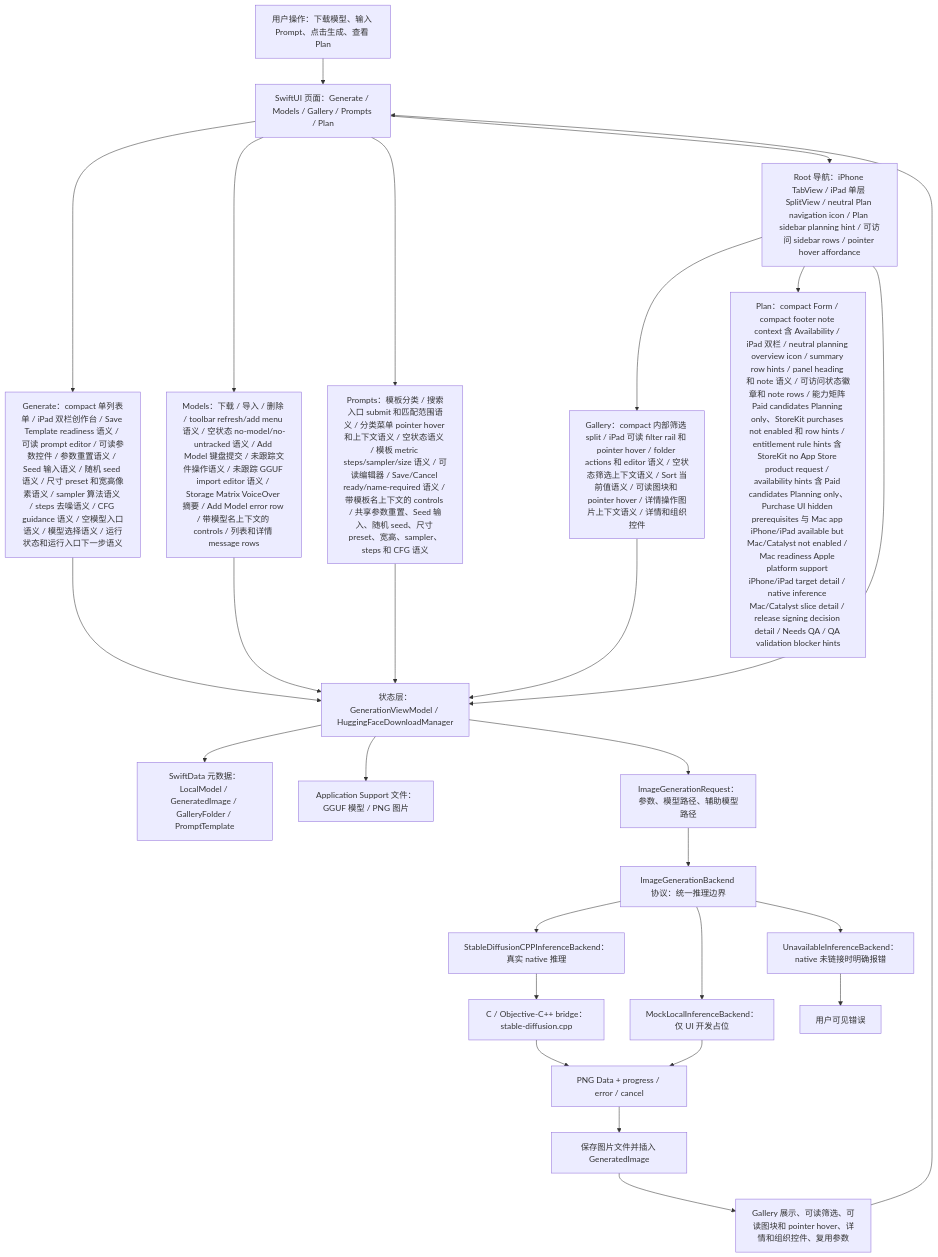
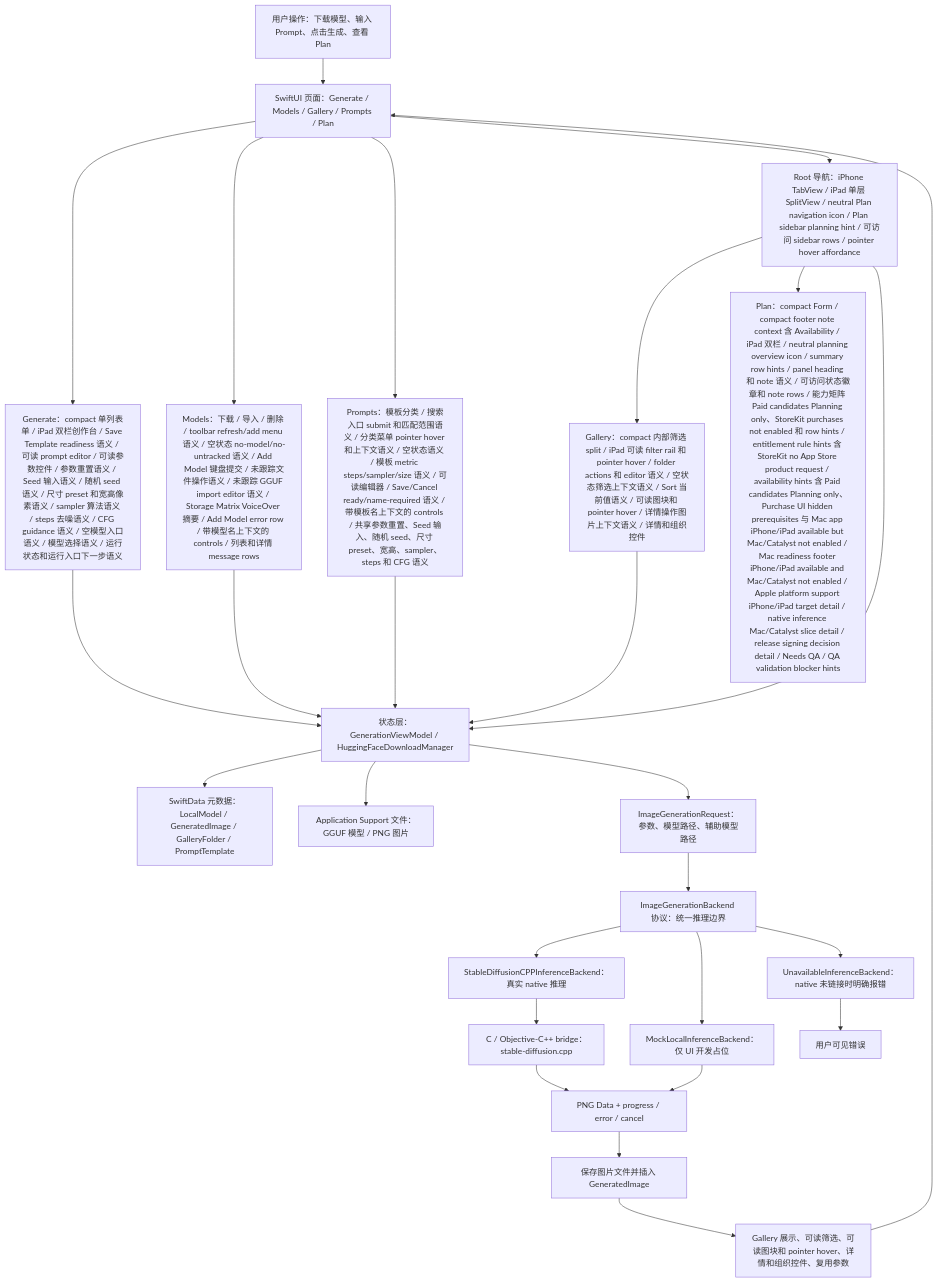
One commit to Altman-sam114/118 changed the first of 7 diagrams in md/flow/flowchart.md. Above: the diagram before and after it, drawn with Mermaid. The commit also changed 5 other files, not shown here.

First line of the commit message:
v1.84: Plan Mac readiness footer copy

````diff
--- a/md/flow/flowchart.md
+++ b/md/flow/flowchart.md
@@ -9,29 +9,29 @@
 ```mermaid
 flowchart TD
   U["用户操作：下载模型、输入 Prompt、点击生成、查看 Plan"] --> UI["SwiftUI 页面：Generate / Models / Gallery / Prompts / Plan"]
   UI --> GENUI["Generate：compact 单列表单 / iPad 双栏创作台 / Save Template readiness 语义 / 可读 prompt editor / 可读参数控件 / 参数重置语义 / Seed 输入语义 / 随机 seed 语义 / 尺寸 preset 和宽高像素语义 / sampler 算法语义 / steps 去噪语义 / CFG guidance 语义 / 空模型入口语义 / 模型选择语义 / 运行状态和运行入口下一步语义"]
   UI --> MODELUI["Models：下载 / 导入 / 删除 / toolbar refresh/add menu 语义 / 空状态 no-model/no-untracked 语义 / Add Model 键盘提交 / 未跟踪文件操作语义 / 未跟踪 GGUF import editor 语义 / Storage Matrix VoiceOver 摘要 / Add Model error row / 带模型名上下文的 controls / 列表和详情 message rows"]
   UI --> PROMPTUI["Prompts：模板分类 / 搜索入口 submit 和匹配范围语义 / 分类菜单 pointer hover 和上下文语义 / 空状态语义 / 模板 metric steps/sampler/size 语义 / 可读编辑器 / Save/Cancel ready/name-required 语义 / 带模板名上下文的 controls / 共享参数重置、Seed 输入、随机 seed、尺寸 preset、宽高、sampler、steps 和 CFG 语义"]
   UI --> NAV["Root 导航：iPhone TabView / iPad 单层 SplitView / neutral Plan navigation icon / Plan sidebar planning hint / 可访问 sidebar rows / pointer hover affordance"]
   NAV --> GALUI["Gallery：compact 内部筛选 split / iPad 可读 filter rail 和 pointer hover / folder actions 和 editor 语义 / 空状态筛选上下文语义 / Sort 当前值语义 / 可读图块和 pointer hover / 详情操作图片上下文语义 / 详情和组织控件"]
-  NAV --> PLANUI["Plan：compact Form / compact footer note context 含 Availability / iPad 双栏 / neutral planning overview icon / summary row hints / panel heading 和 note 语义 / 可访问状态徽章和 note rows / 能力矩阵 Paid candidates Planning only、StoreKit purchases not enabled 和 row hints / entitlement rule hints 含 StoreKit no App Store product request / availability hints 含 Paid candidates Planning only、Purchase UI hidden prerequisites 与 Mac app iPhone/iPad available but Mac/Catalyst not enabled / Mac readiness Apple platform support iPhone/iPad target detail / native inference Mac/Catalyst slice detail / release signing decision detail / Needs QA / QA validation blocker hints"]
+  NAV --> PLANUI["Plan：compact Form / compact footer note context 含 Availability / iPad 双栏 / neutral planning overview icon / summary row hints / panel heading 和 note 语义 / 可访问状态徽章和 note rows / 能力矩阵 Paid candidates Planning only、StoreKit purchases not enabled 和 row hints / entitlement rule hints 含 StoreKit no App Store product request / availability hints 含 Paid candidates Planning only、Purchase UI hidden prerequisites 与 Mac app iPhone/iPad available but Mac/Catalyst not enabled / Mac readiness footer iPhone/iPad available and Mac/Catalyst not enabled / Apple platform support iPhone/iPad target detail / native inference Mac/Catalyst slice detail / release signing decision detail / Needs QA / QA validation blocker hints"]
   NAV --> VM["状态层：GenerationViewModel / HuggingFaceDownloadManager"]
   GENUI --> VM
   MODELUI --> VM
   PROMPTUI --> VM
   GALUI --> VM
   VM --> SD["SwiftData 元数据：LocalModel / GeneratedImage / GalleryFolder / PromptTemplate"]
   VM --> FS["Application Support 文件：GGUF 模型 / PNG 图片"]
   VM --> REQ["ImageGenerationRequest：参数、模型路径、辅助模型路径"]
   REQ --> IFACE["ImageGenerationBackend 协议：统一推理边界"]
   IFACE --> NATIVE["StableDiffusionCPPInferenceBackend：真实 native 推理"]
   IFACE --> MOCK["MockLocalInferenceBackend：仅 UI 开发占位"]
   IFACE --> OFF["UnavailableInferenceBackend：native 未链接时明确报错"]
   NATIVE --> BRIDGE["C / Objective-C++ bridge：stable-diffusion.cpp"]
   BRIDGE --> PNG["PNG Data + progress / error / cancel"]
   MOCK --> PNG
   OFF --> ERR["用户可见错误"]
   PNG --> SAVE["保存图片文件并插入 GeneratedImage"]
   SAVE --> GALLERY["Gallery 展示、可读筛选、可读图块和 pointer hover、详情和组织控件、复用参数"]
   GALLERY --> UI
 ```
````
